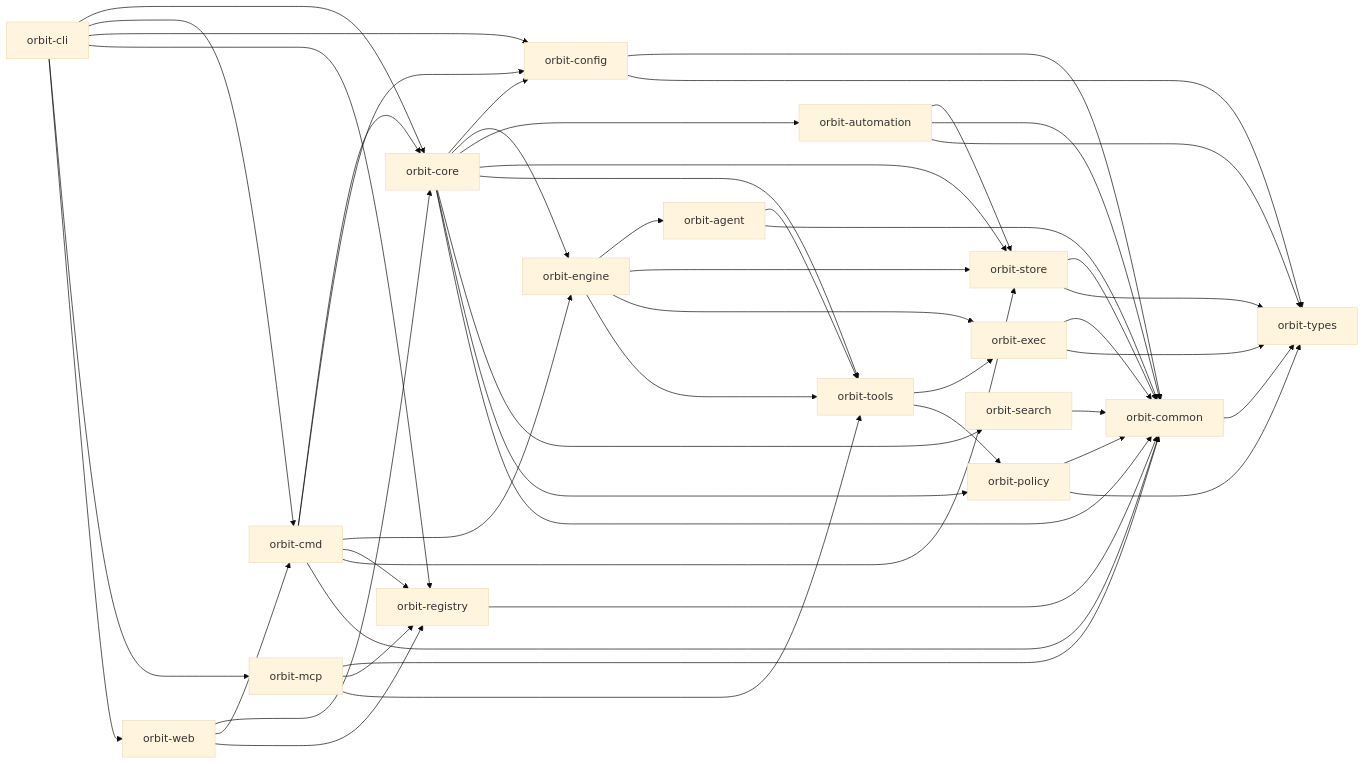
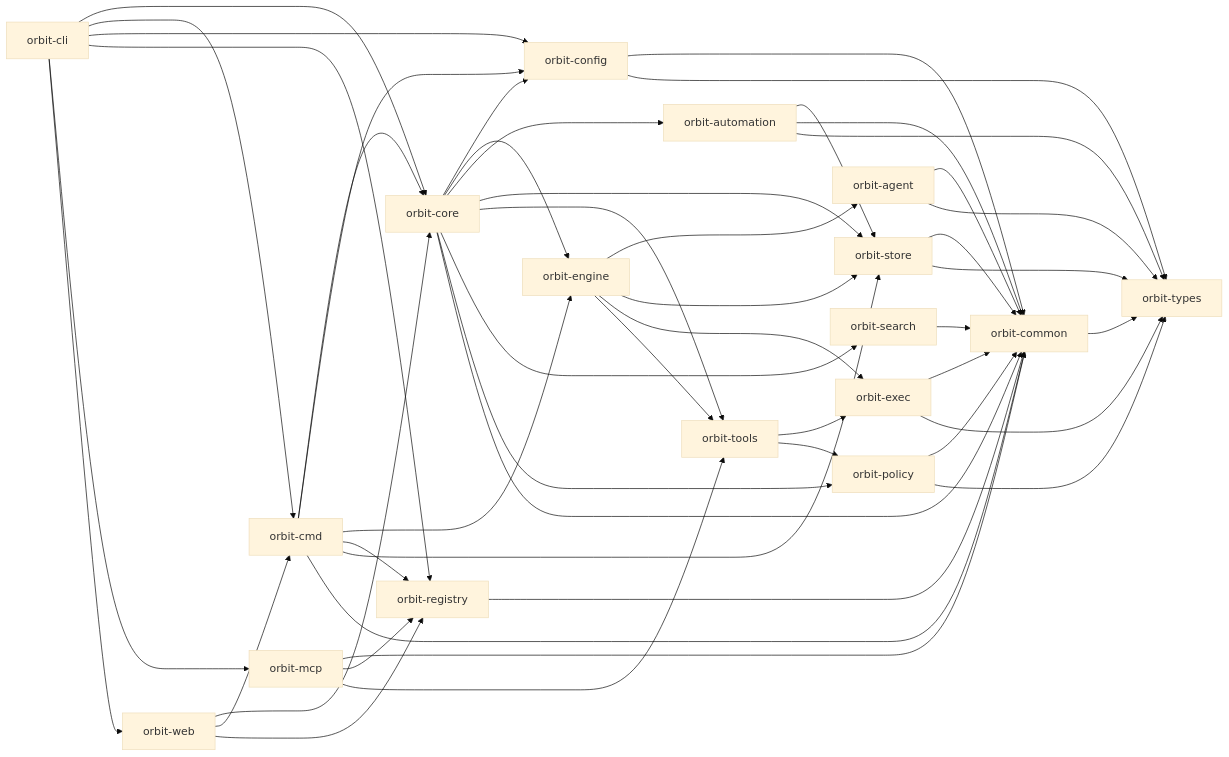
One commit to constellation-works/orbit changed the diagram in website/src/content/docs/contributing/crate-layout.md. Above: the diagram before and after it, drawn with Mermaid (base theme). The commit also changed other lines of this file and 49 other files, not shown here.

````diff
--- a/website/src/content/docs/contributing/crate-layout.md
+++ b/website/src/content/docs/contributing/crate-layout.md
@@ -32,51 +32,51 @@
 ```mermaid
 flowchart LR
   CLI["orbit-cli"] --> Core["orbit-core"]
   CLI --> Cmd["orbit-cmd"]
   CLI --> Config["orbit-config"]
   CLI --> Registry["orbit-registry"]
   CLI --> MCP["orbit-mcp"]
   CLI --> Web["orbit-web"]
   Cmd --> Core
   Cmd --> Config
   Cmd --> Engine
   Cmd --> Registry
   Cmd --> Store
   Core --> Config
   Core --> Engine["orbit-engine"]
   Core --> Automation["orbit-automation"]
   Automation --> Store
   Automation --> Common
   Automation --> Types
   Core --> Store["orbit-store"]
   Core --> Tools["orbit-tools"]
   Core --> Search["orbit-search"]
   Core --> Policy["orbit-policy"]
   Engine --> Agent["orbit-agent"]
   Engine --> Store
   Engine --> Exec["orbit-exec"]
   Engine --> Tools
-  Agent --> Tools
   Tools --> Exec
   Tools --> Policy
   Exec --> Common["orbit-common"]
   Policy --> Common
   Store --> Common
   Agent --> Common
+  Agent --> Types
   Search --> Common
   MCP --> Common
   MCP --> Registry
   MCP --> Tools
   Registry --> Common
   Web --> Core
   Web --> Cmd
   Web --> Registry
   Cmd --> Common
   Core --> Common
   Config --> Common
   Config --> Types
   Common --> Types["orbit-types"]
   Exec --> Types
   Policy --> Types
   Store --> Types
 ```
````
